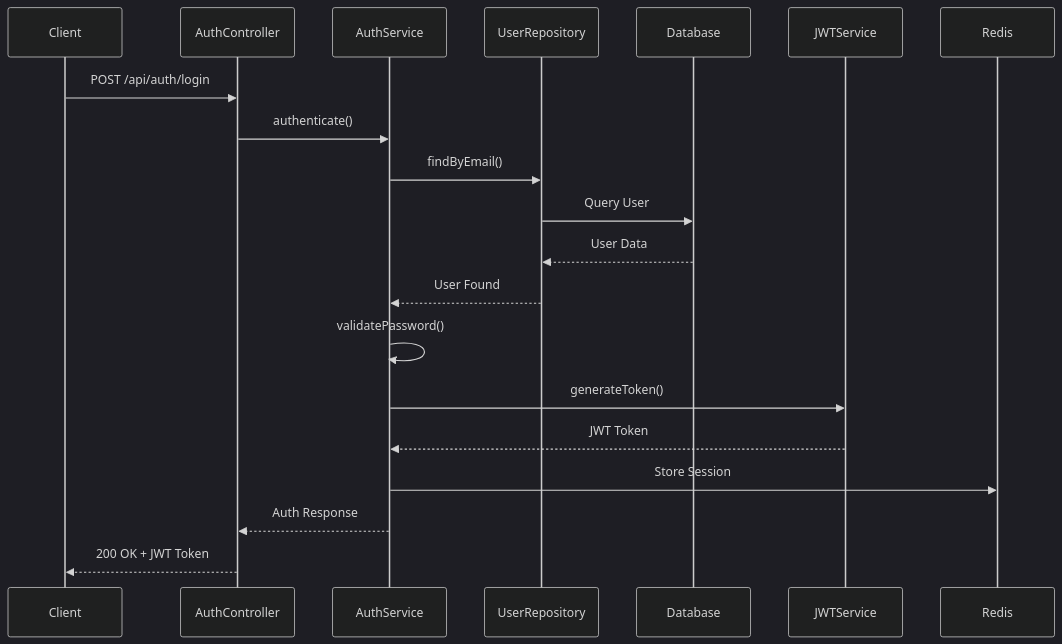
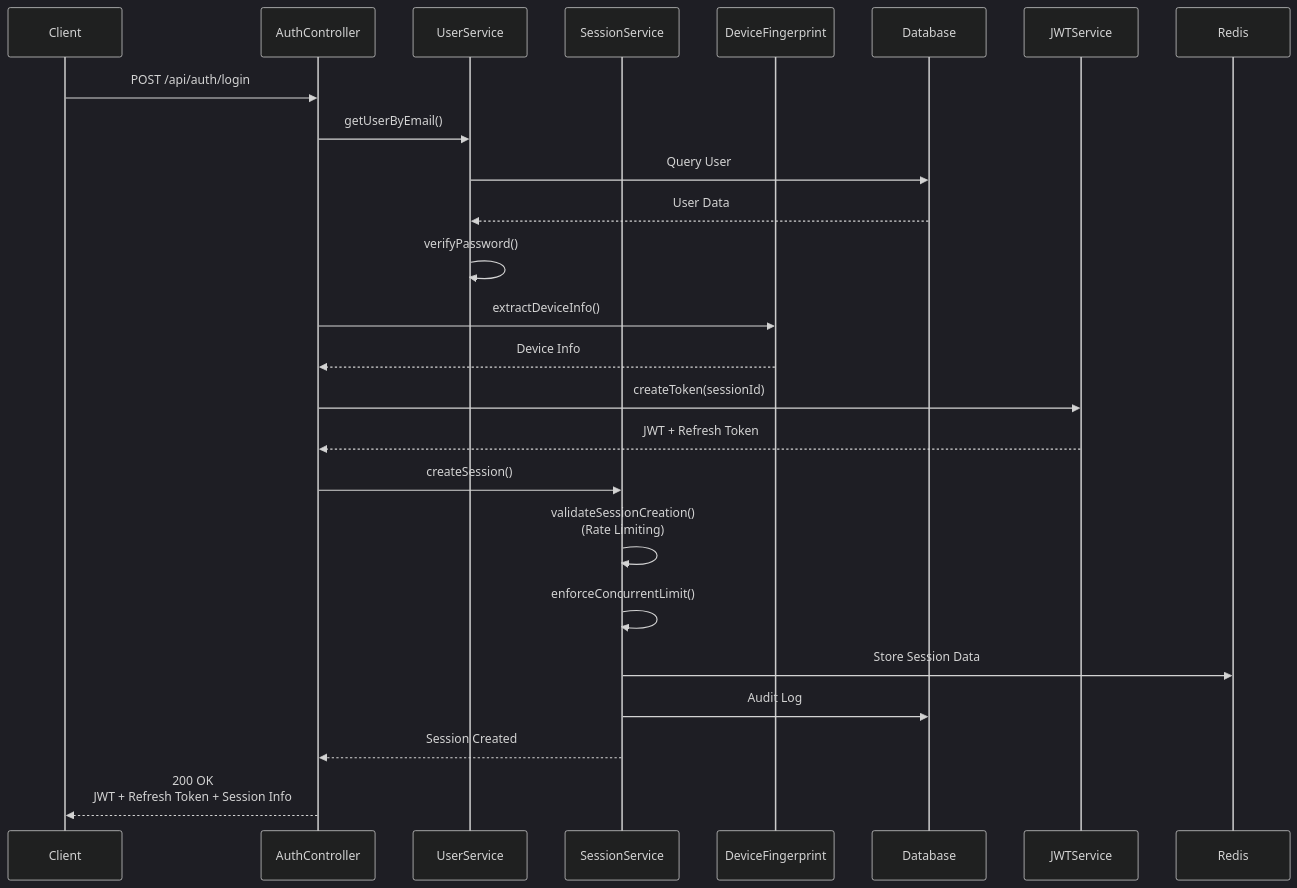
Before and after one commit to serhatsoysal/fluxpay-orchestration-engine: the second of 3 diagrams in README.md, drawn with Mermaid (dark theme). The commit also changed other lines of this file and 85 other files, not shown here.

````diff
--- a/README.md
+++ b/README.md
@@ -268,25 +289,32 @@
 ```mermaid
 sequenceDiagram
     participant Client
     participant AuthController
-    participant AuthService
-    participant UserRepository
+    participant UserService
+    participant SessionService
+    participant DeviceFingerprint
     participant DB as Database
     participant JWTService
     participant Redis
 
     Client->>AuthController: POST /api/auth/login
-    AuthController->>AuthService: authenticate()
-    AuthService->>UserRepository: findByEmail()
-    UserRepository->>DB: Query User
-    DB-->>UserRepository: User Data
-    UserRepository-->>AuthService: User Found
+    AuthController->>UserService: getUserByEmail()
+    UserService->>DB: Query User
+    DB-->>UserService: User Data
+    UserService->>UserService: verifyPassword()
     
-    AuthService->>AuthService: validatePassword()
-    AuthService->>JWTService: generateToken()
-    JWTService-->>AuthService: JWT Token
+    AuthController->>DeviceFingerprint: extractDeviceInfo()
+    DeviceFingerprint-->>AuthController: Device Info
     
-    AuthService->>Redis: Store Session
-    AuthService-->>AuthController: Auth Response
-    AuthController-->>Client: 200 OK + JWT Token
+    AuthController->>JWTService: createToken(sessionId)
+    JWTService-->>AuthController: JWT + Refresh Token
+    
+    AuthController->>SessionService: createSession()
+    SessionService->>SessionService: validateSessionCreation()<br/>(Rate Limiting)
+    SessionService->>SessionService: enforceConcurrentLimit()
+    SessionService->>Redis: Store Session Data
+    SessionService->>DB: Audit Log
+    SessionService-->>AuthController: Session Created
+    
+    AuthController-->>Client: 200 OK<br/>JWT + Refresh Token + Session Info
 ```
````
